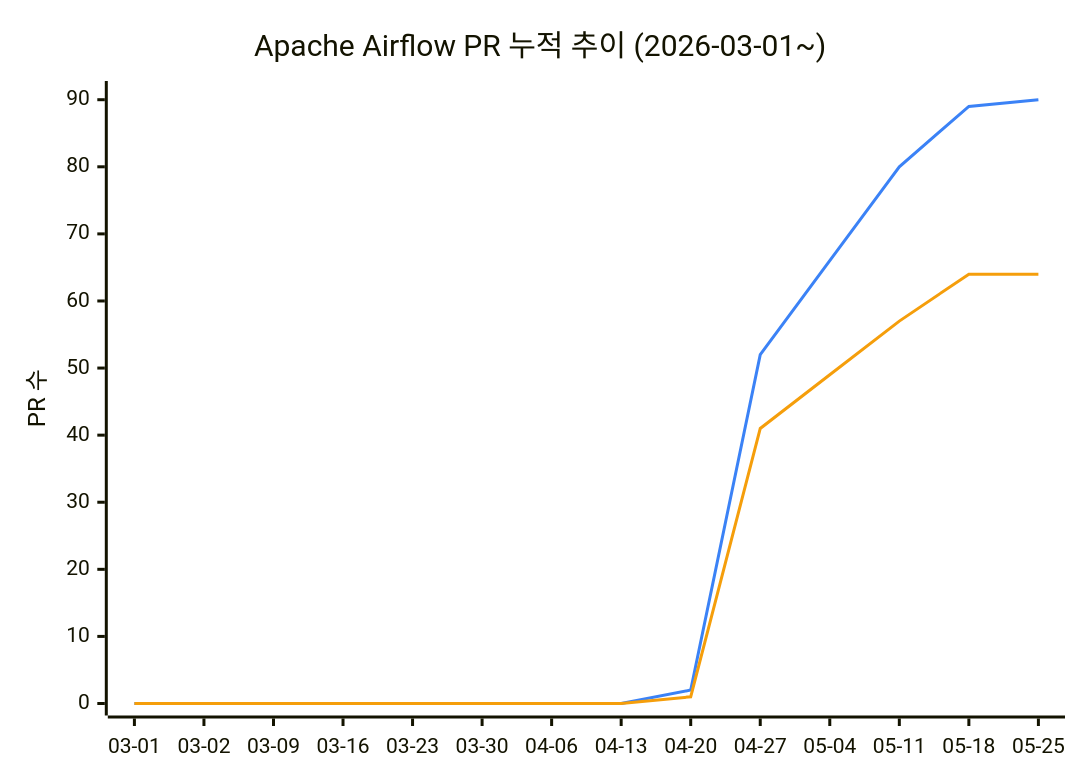
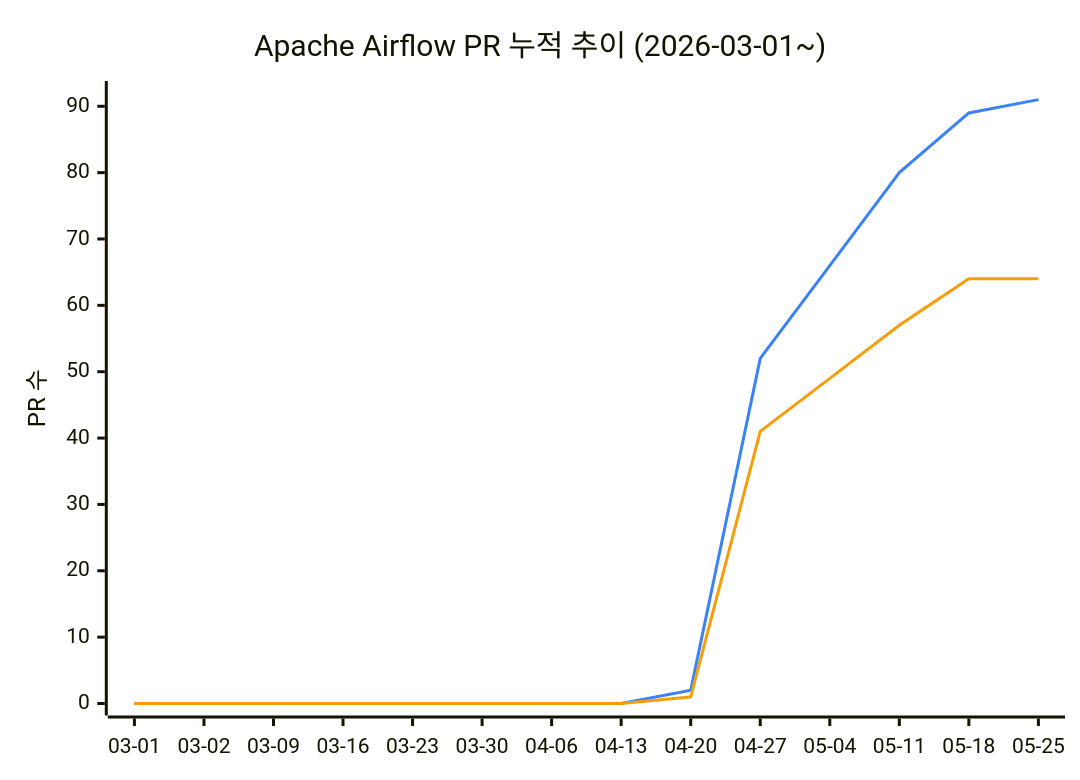
Before and after one commit to AirflowKorea/ossca: the diagram in README.md, drawn with Mermaid. The commit also changed other lines of this file, not shown here.

````diff
--- a/README.md
+++ b/README.md
@@ -11,9 +11,9 @@
 ```mermaid
 %%{init: {"themeVariables": {"xyChart": {"plotColorPalette": "#3b82f6, #f59e0b"}}}}%%
 xychart-beta
     title "Apache Airflow PR 누적 추이 (2026-03-01~)"
     x-axis ["03-01", "03-02", "03-09", "03-16", "03-23", "03-30", "04-06", "04-13", "04-20", "04-27", "05-04", "05-11", "05-18", "05-25"]
-    y-axis "PR 수" 0 --> 91
-    line [0, 0, 0, 0, 0, 0, 0, 0, 2, 52, 66, 80, 89, 90]
+    y-axis "PR 수" 0 --> 92
+    line [0, 0, 0, 0, 0, 0, 0, 0, 2, 52, 66, 80, 89, 91]
     line [0, 0, 0, 0, 0, 0, 0, 0, 1, 41, 49, 57, 64, 64]
 ```
````
